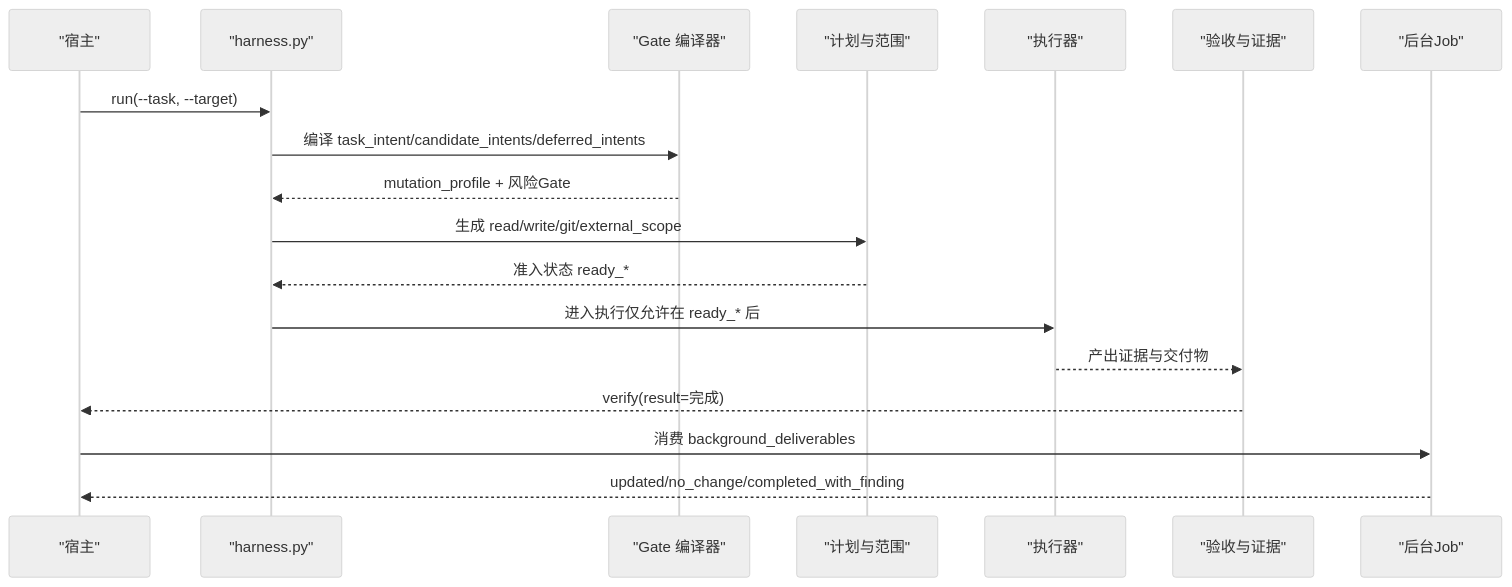
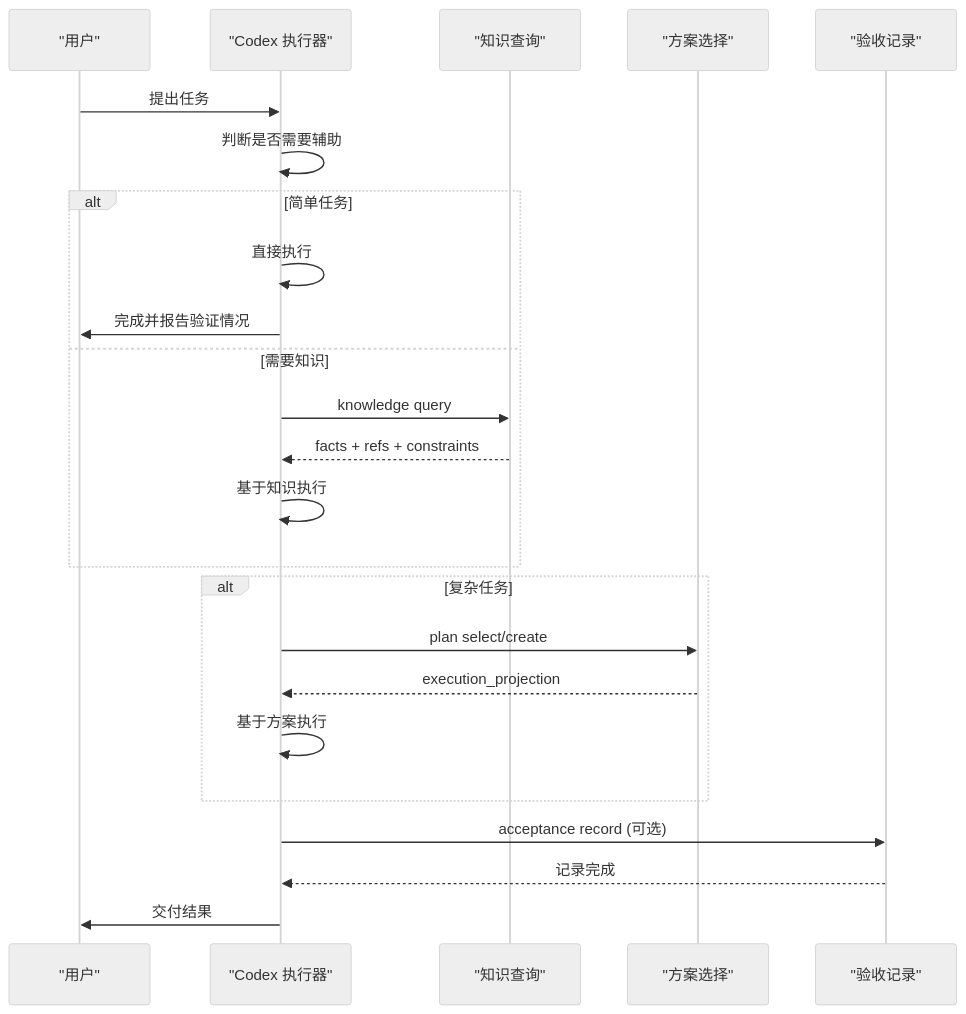
The second of 3 diagrams in .qoder/repowiki/zh/content/核心概念/核心概念.md (HackSing/docs-harness), drawn with Mermaid (neutral theme) before and after one commit. The commit also changed other lines of this file and 42 other files, not shown here.

````diff
--- a/.qoder/repowiki/zh/content/核心概念/核心概念.md
+++ b/.qoder/repowiki/zh/content/核心概念/核心概念.md
@@ -78,20 +97,26 @@
 ```mermaid
 sequenceDiagram
-participant Host as "宿主"
-participant CLI as "harness.py"
-participant Gate as "Gate 编译器"
-participant Plan as "计划与范围"
-participant Exec as "执行器"
-participant Verify as "验收与证据"
-participant BG as "后台Job"
-Host->>CLI : run(--task, --target)
-CLI->>Gate : 编译 task_intent/candidate_intents/deferred_intents
-Gate-->>CLI : mutation_profile + 风险Gate
-CLI->>Plan : 生成 read/write/git/external_scope
-Plan-->>CLI : 准入状态 ready_*
-CLI->>Exec : 进入执行仅允许在 ready_* 后
-Exec-->>Verify : 产出证据与交付物
-Verify-->>Host : verify(result=完成)
-Host->>BG : 消费 background_deliverables
-BG-->>Host : updated/no_change/completed_with_finding
+participant User as "用户"
+participant Codex as "Codex 执行器"
+participant Knowledge as "知识查询"
+participant Plan as "方案选择"
+participant Acceptance as "验收记录"
+User->>Codex : 提出任务
+Codex->>Codex : 判断是否需要辅助
+alt 简单任务
+Codex->>Codex : 直接执行
+Codex->>User : 完成并报告验证情况
+else 需要知识
+Codex->>Knowledge : knowledge query
+Knowledge-->>Codex : facts + refs + constraints
+Codex->>Codex : 基于知识执行
+end
+alt 复杂任务
+Codex->>Plan : plan select/create
+Plan-->>Codex : execution_projection
+Codex->>Codex : 基于方案执行
+end
+Codex->>Acceptance : acceptance record (可选)
+Acceptance-->>Codex : 记录完成
+Codex->>User : 交付结果
 ```
````
